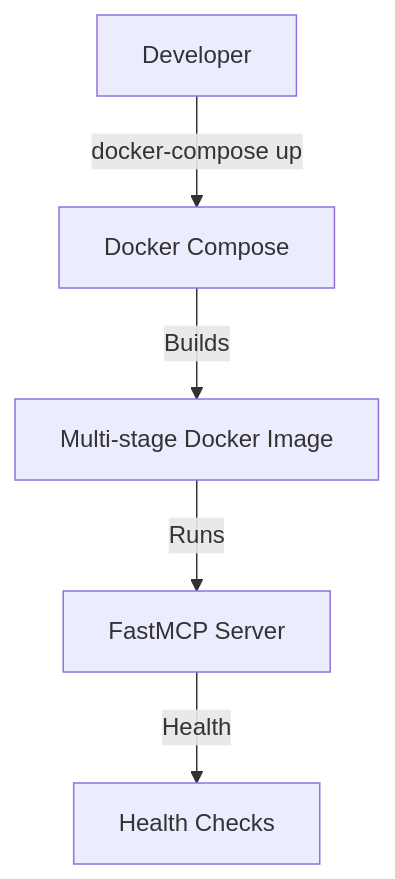
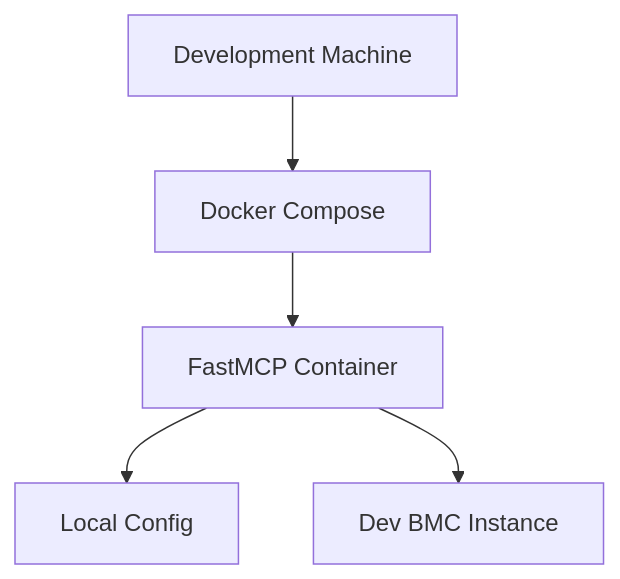
One commit to markbsigler/CodePipeline-FastMCP changed the seventh of 9 diagrams in docs/architecture.md. Above: the diagram before and after it, drawn with Mermaid. The commit also changed other lines of this file and 4 other files, not shown here.

````diff
--- a/docs/architecture.md
+++ b/docs/architecture.md
@@ -38,7 +351,7 @@
 ```mermaid
-flowchart TD
-    Dev[Developer]-->|docker-compose up|Docker[Docker Compose]
-    Docker-->|Builds|Image[Multi-stage Docker Image]
-    Image-->|Runs|Server[FastMCP Server]
-    Server-->|Health|Health[Health Checks]
+graph TD
+    DEV[Development Machine] --> DOCKER_COMPOSE[Docker Compose]
+    DOCKER_COMPOSE --> FASTMCP_CONTAINER[FastMCP Container]
+    FASTMCP_CONTAINER --> LOCAL_CONFIG[Local Config]
+    FASTMCP_CONTAINER --> DEV_BMC[Dev BMC Instance]
 ```
````
